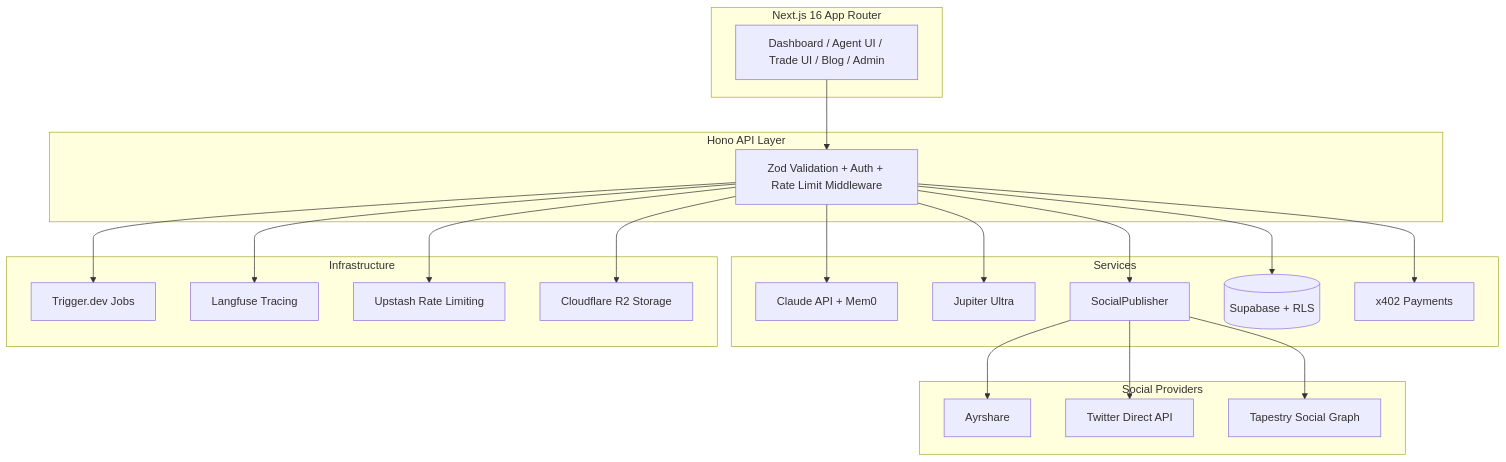
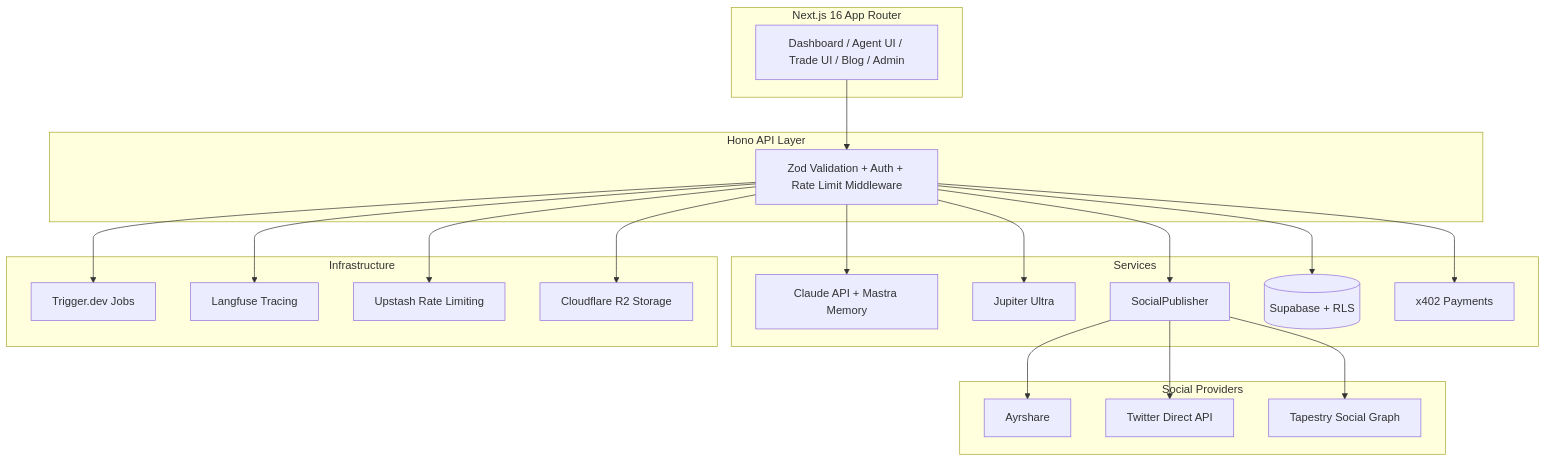
The diagram in README.md (daftpixie/ozskr), drawn with Mermaid before and after one commit. The commit also changed other lines of this file and 1 other file, not shown here.

First line of the commit message:
docs: update READMEs for Mastra memory migration + ERC-8004 NFT identity

````diff
--- a/README.md
+++ b/README.md
@@ -56,48 +58,48 @@
 ```mermaid
 graph TB
     subgraph "Next.js 16 App Router"
         UI[Dashboard / Agent UI / Trade UI / Blog / Admin]
     end
 
     subgraph "Hono API Layer"
         API[Zod Validation + Auth + Rate Limit Middleware]
     end
 
     UI --> API
 
     subgraph "Services"
-        Claude[Claude API + Mem0]
+        Claude[Claude API + Mastra Memory]
         Jupiter[Jupiter Ultra]
         Social[SocialPublisher]
         Supabase[(Supabase + RLS)]
         X402[x402 Payments]
     end
 
     API --> Claude
     API --> Jupiter
     API --> Social
     API --> Supabase
     API --> X402
 
     subgraph "Social Providers"
         Ayrshare[Ayrshare]
         Twitter[Twitter Direct API]
         Tapestry[Tapestry Social Graph]
     end
 
     Social --> Ayrshare
     Social --> Twitter
     Social --> Tapestry
 
     subgraph "Infrastructure"
         Trigger[Trigger.dev Jobs]
         Langfuse[Langfuse Tracing]
         Upstash[Upstash Rate Limiting]
         R2[Cloudflare R2 Storage]
     end
 
     API --> Trigger
     API --> Langfuse
     API --> Upstash
     API --> R2
 ```
````
